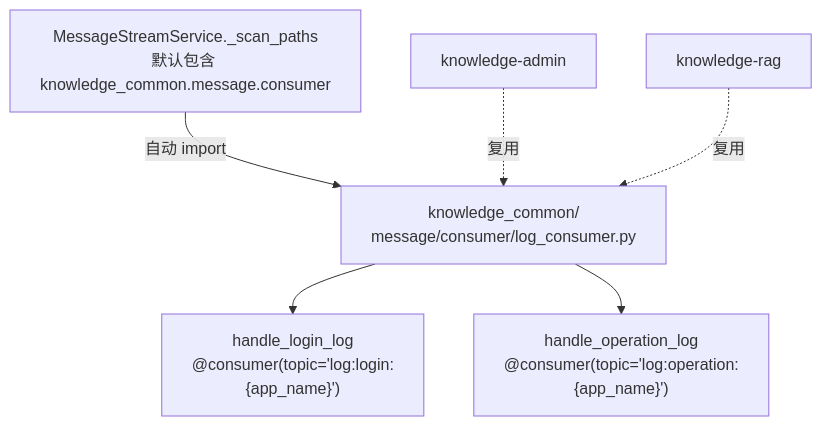
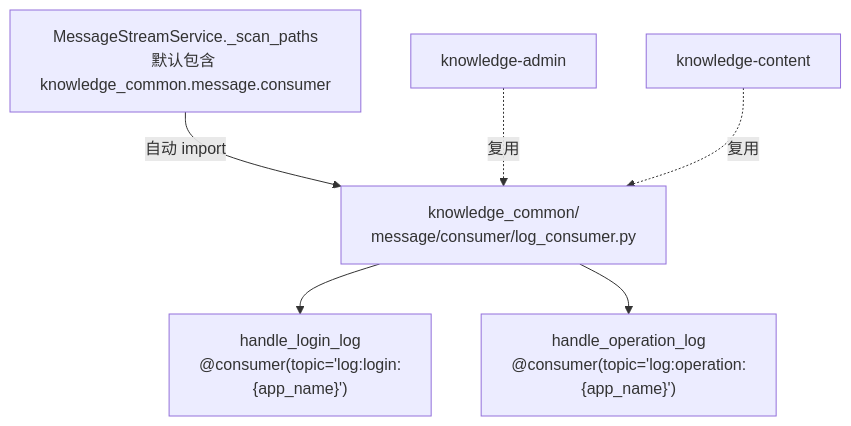
Before and after one commit to jiangwch03/knowledge: the fourth of 4 diagrams in docs/infrastructure/日志聚合.md, drawn with Mermaid. The commit also changed other lines of this file and 201 other files, not shown here.

First line of the commit message:
refactor: 项目重命名 knowledge-rag → knowledge-content（全栈）

````diff
--- a/docs/infrastructure/日志聚合.md
+++ b/docs/infrastructure/日志聚合.md
@@ -113,10 +113,10 @@
 ```mermaid
 graph TB
     Common["knowledge_common/<br/>message/consumer/log_consumer.py"] --> H1["handle_login_log<br/>@consumer(topic='log:login:{app_name}')"]
     Common --> H2["handle_operation_log<br/>@consumer(topic='log:operation:{app_name}')"]
 
     Default["MessageStreamService._scan_paths<br/>默认包含 knowledge_common.message.consumer"] -->|"自动 import"| Common
 
     Admin["knowledge-admin"] -.->|复用| Common
-    Rag["knowledge-rag"] -.->|复用| Common
+    Rag["knowledge-content"] -.->|复用| Common
 ```
````
